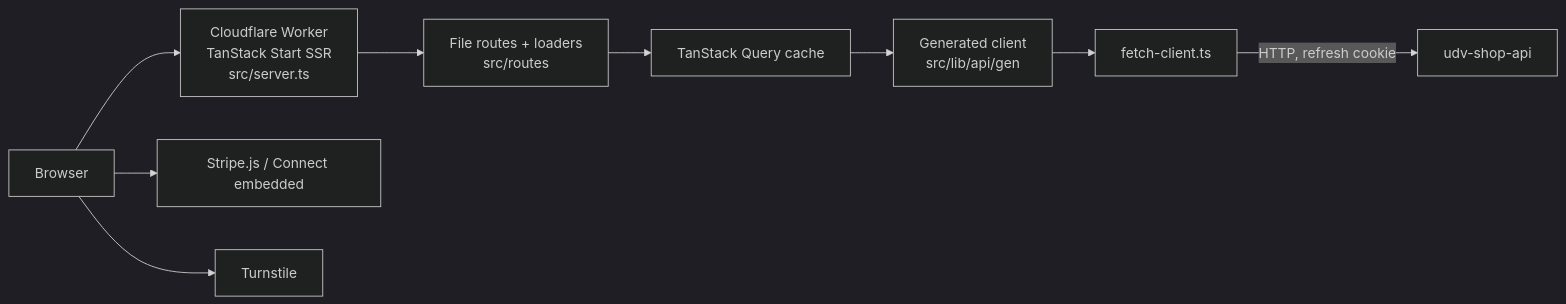
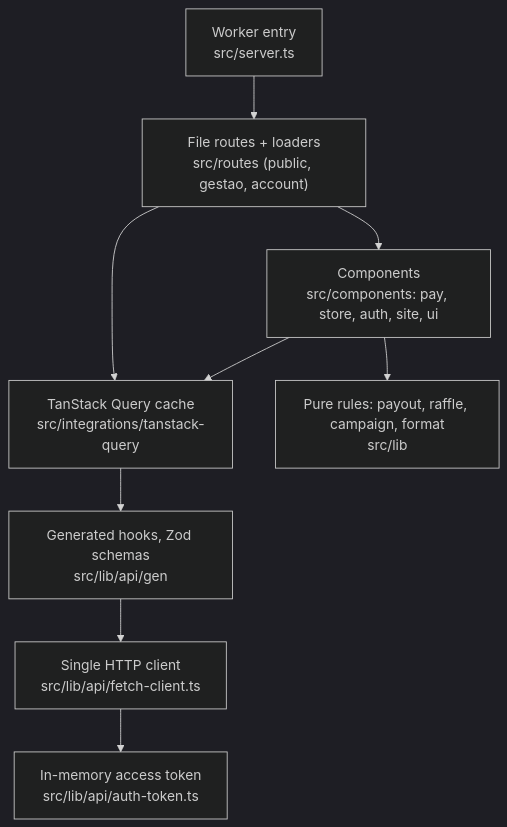
Before and after one commit to mkwitko/ecommerce-storefront: the second of 3 diagrams in README.md, drawn with Mermaid (dark theme). The commit also changed other lines of this file, not shown here.

Commit message:
docs: add system context, layer and payment flow diagrams to README

````diff
--- a/README.md
+++ b/README.md
@@ -20,11 +35,11 @@
 ```mermaid
-flowchart LR
-  Browser --> Worker[Cloudflare Worker<br/>TanStack Start SSR<br/>src/server.ts]
-  Worker --> Routes[File routes + loaders<br/>src/routes]
-  Routes --> Query[TanStack Query cache]
-  Query --> Client[Generated client<br/>src/lib/api/gen]
-  Client --> Fetch[fetch-client.ts]
-  Fetch -->|HTTP, refresh cookie| API[udv-shop-api]
-  Browser --> Stripe[Stripe.js / Connect embedded]
-  Browser --> Turnstile[Turnstile]
+flowchart TD
+  Server["Worker entry<br/>src/server.ts"] --> Routes["File routes + loaders<br/>src/routes (public, gestao, account)"]
+  Routes --> Comp["Components<br/>src/components: pay, store, auth, site, ui"]
+  Routes --> Query["TanStack Query cache<br/>src/integrations/tanstack-query"]
+  Comp --> Query
+  Query --> Gen["Generated hooks, Zod schemas<br/>src/lib/api/gen"]
+  Gen --> Client["Single HTTP client<br/>src/lib/api/fetch-client.ts"]
+  Client --> Token["In-memory access token<br/>src/lib/api/auth-token.ts"]
+  Comp --> Rules["Pure rules: payout, raffle, campaign, format<br/>src/lib"]
 ```
````
